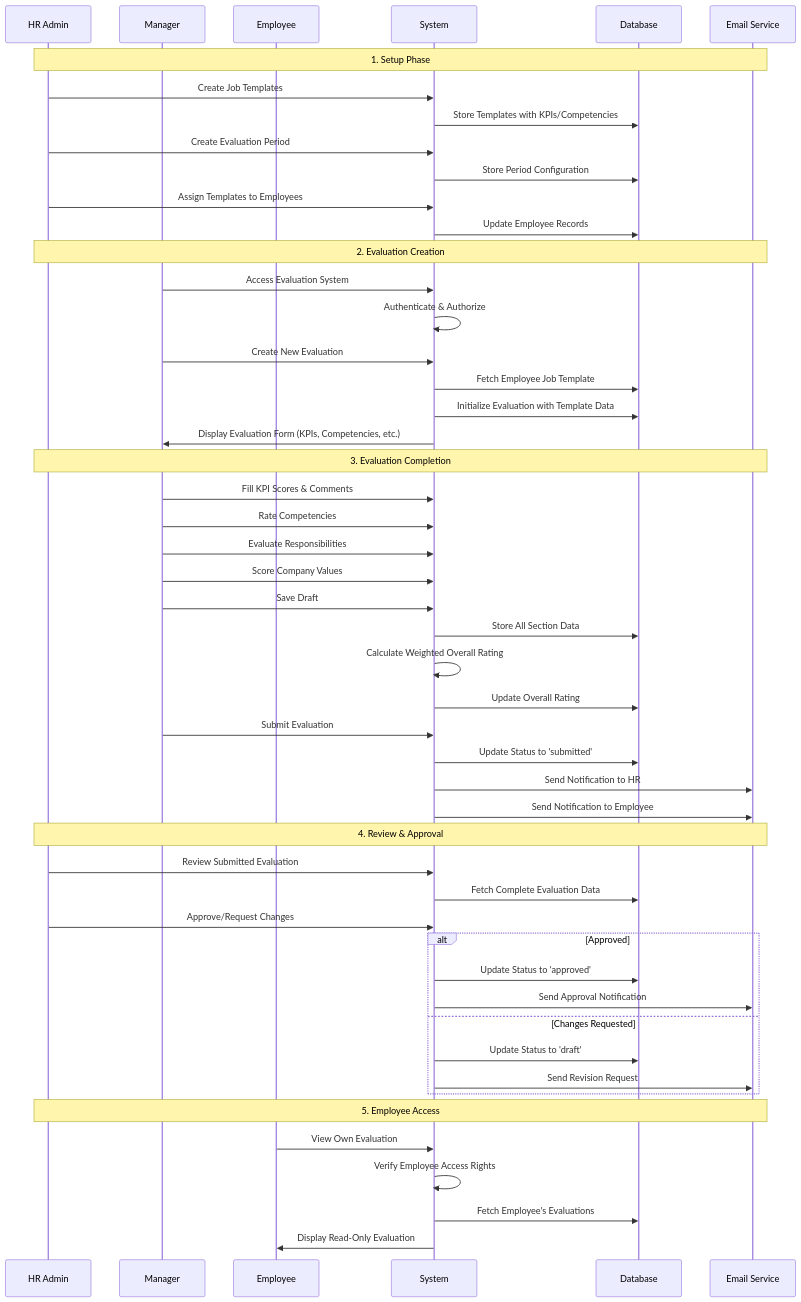
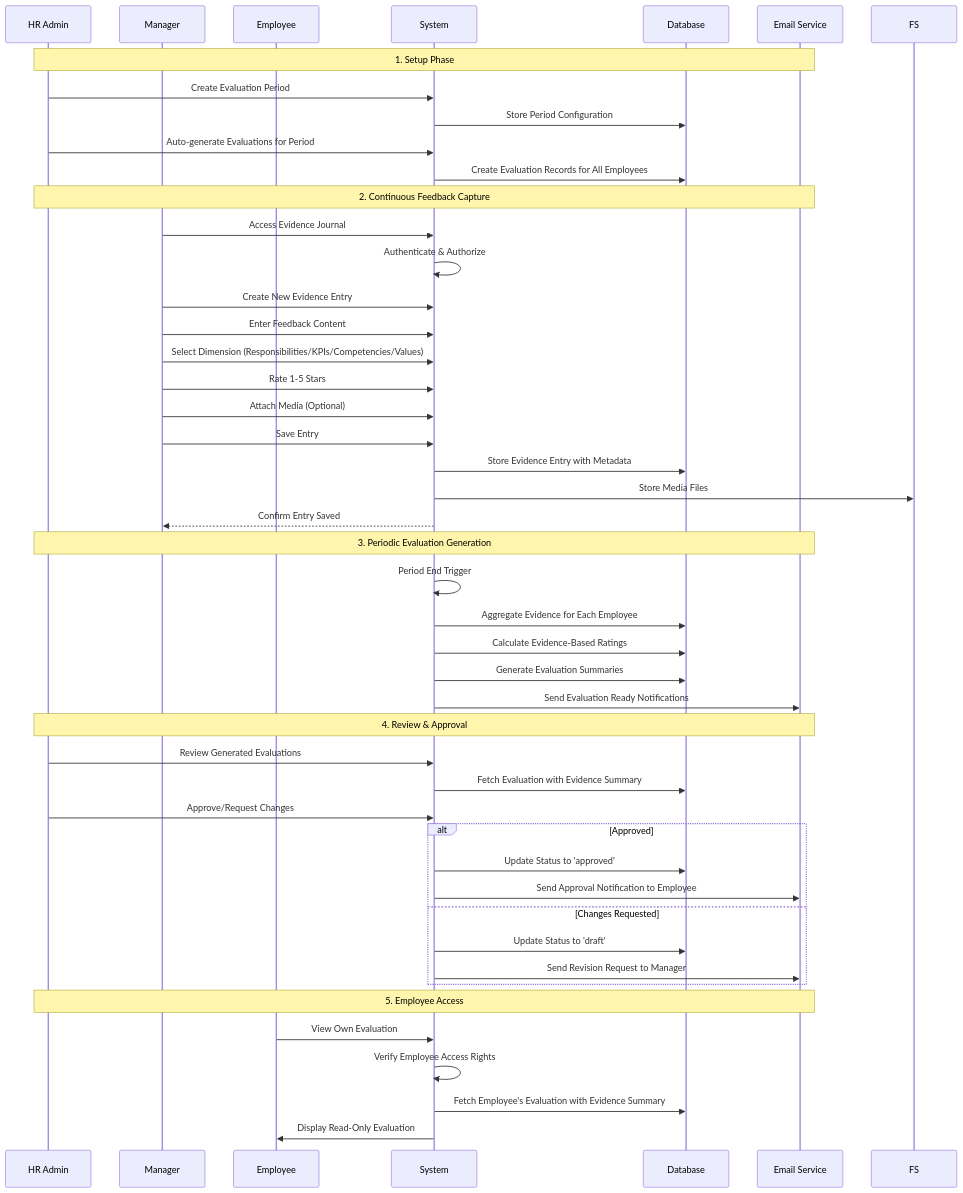
One commit to rascazzione/Universal-Development-HR-Sytem changed the fifth of 9 diagrams in docs/ARCHITECTURE_DESIGN.md. Above: the diagram before and after it, drawn with Mermaid. The commit also changed other lines of this file and 19 other files, not shown here.

````diff
--- a/docs/ARCHITECTURE_DESIGN.md
+++ b/docs/ARCHITECTURE_DESIGN.md
@@ -384,57 +405,53 @@
 ```mermaid
 sequenceDiagram
     participant HR as HR Admin
     participant MGR as Manager
     participant EMP as Employee
     participant SYS as System
     participant DB as Database
     participant EMAIL as Email Service
 
     Note over HR,EMAIL: 1. Setup Phase
-    HR->>SYS: Create Job Templates
-    SYS->>DB: Store Templates with KPIs/Competencies
     HR->>SYS: Create Evaluation Period
     SYS->>DB: Store Period Configuration
-    HR->>SYS: Assign Templates to Employees
-    SYS->>DB: Update Employee Records
+    HR->>SYS: Auto-generate Evaluations for Period
+    SYS->>DB: Create Evaluation Records for All Employees
 
-    Note over HR,EMAIL: 2. Evaluation Creation
-    MGR->>SYS: Access Evaluation System
+    Note over HR,EMAIL: 2. Continuous Feedback Capture
+    MGR->>SYS: Access Evidence Journal
     SYS->>SYS: Authenticate & Authorize
-    MGR->>SYS: Create New Evaluation
-    SYS->>DB: Fetch Employee Job Template
-    SYS->>DB: Initialize Evaluation with Template Data
-    SYS->>MGR: Display Evaluation Form (KPIs, Competencies, etc.)
+    MGR->>SYS: Create New Evidence Entry
+    MGR->>SYS: Enter Feedback Content
+    MGR->>SYS: Select Dimension (Responsibilities/KPIs/Competencies/Values)
+    MGR->>SYS: Rate 1-5 Stars
+    MGR->>SYS: Attach Media (Optional)
+    MGR->>SYS: Save Entry
+    SYS->>DB: Store Evidence Entry with Metadata
+    SYS->>FS: Store Media Files
+    SYS-->>MGR: Confirm Entry Saved
 
-    Note over HR,EMAIL: 3. Evaluation Completion
-    MGR->>SYS: Fill KPI Scores & Comments
-    MGR->>SYS: Rate Competencies
-    MGR->>SYS: Evaluate Responsibilities
-    MGR->>SYS: Score Company Values
-    MGR->>SYS: Save Draft
-    SYS->>DB: Store All Section Data
-    SYS->>SYS: Calculate Weighted Overall Rating
-    SYS->>DB: Update Overall Rating
-    MGR->>SYS: Submit Evaluation
-    SYS->>DB: Update Status to 'submitted'
-    SYS->>EMAIL: Send Notification to HR
-    SYS->>EMAIL: Send Notification to Employee
+    Note over HR,EMAIL: 3. Periodic Evaluation Generation
+    SYS->>SYS: Period End Trigger
+    SYS->>DB: Aggregate Evidence for Each Employee
+    SYS->>DB: Calculate Evidence-Based Ratings
+    SYS->>DB: Generate Evaluation Summaries
+    SYS->>EMAIL: Send Evaluation Ready Notifications
 
     Note over HR,EMAIL: 4. Review & Approval
-    HR->>SYS: Review Submitted Evaluation
-    SYS->>DB: Fetch Complete Evaluation Data
+    HR->>SYS: Review Generated Evaluations
+    SYS->>DB: Fetch Evaluation with Evidence Summary
     HR->>SYS: Approve/Request Changes
     alt Approved
         SYS->>DB: Update Status to 'approved'
-        SYS->>EMAIL: Send Approval Notification
+        SYS->>EMAIL: Send Approval Notification to Employee
     else Changes Requested
         SYS->>DB: Update Status to 'draft'
-        SYS->>EMAIL: Send Revision Request
+        SYS->>EMAIL: Send Revision Request to Manager
     end
 
     Note over HR,EMAIL: 5. Employee Access
     EMP->>SYS: View Own Evaluation
     SYS->>SYS: Verify Employee Access Rights
-    SYS->>DB: Fetch Employee's Evaluations
+    SYS->>DB: Fetch Employee's Evaluation with Evidence Summary
     SYS->>EMP: Display Read-Only Evaluation
 ```
````
